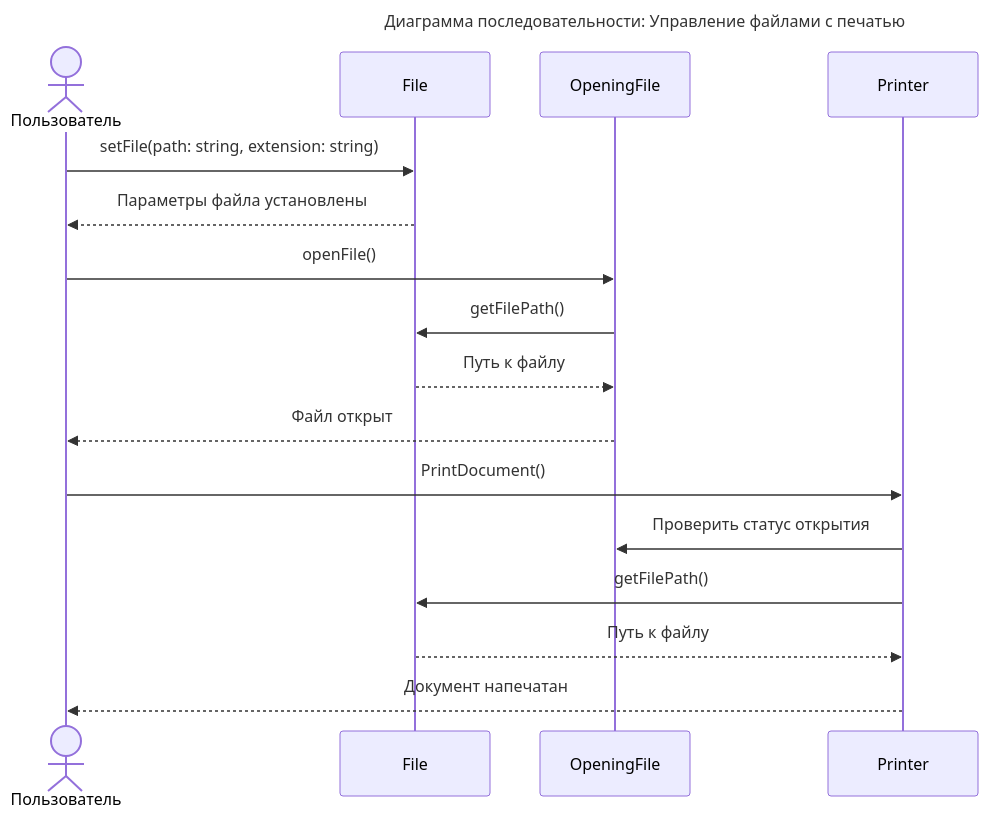
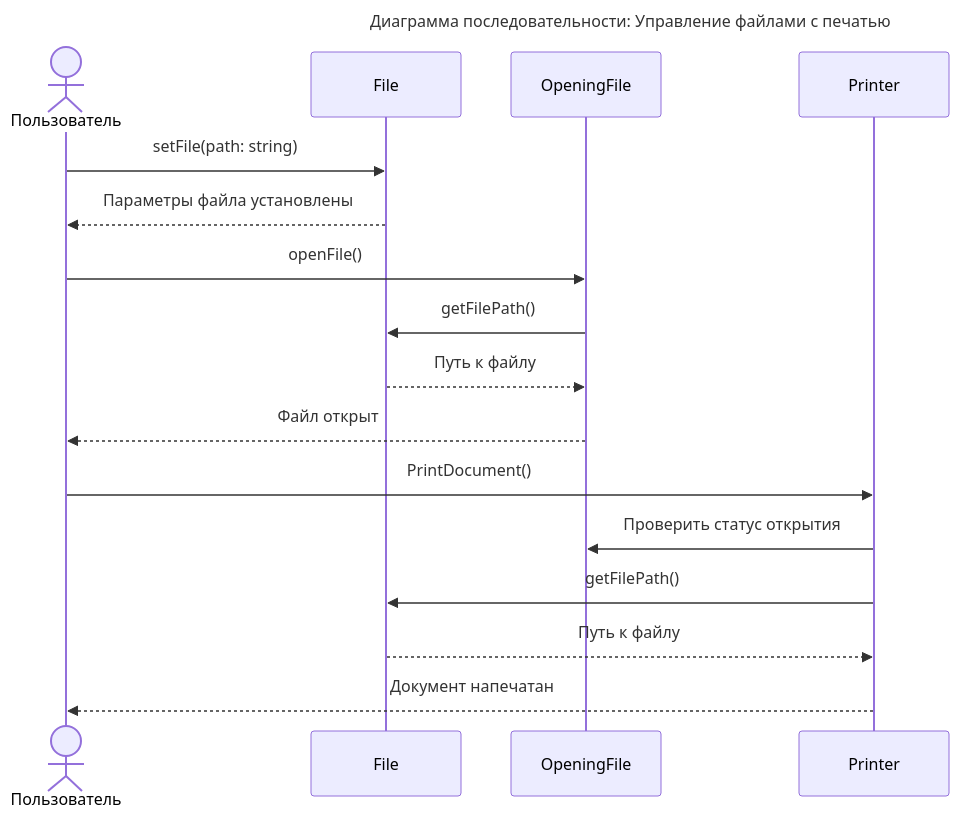
The diagram in Документация/Преценденты/Печать/Диаграмма последовательностей.md (penamarth/bsbo-16-23_team5_var11_textedit), drawn with Mermaid before and after one commit.

Commit message:
Диаграмма последовательностей.md

````diff
--- a/Документация/Преценденты/Печать/Диаграмма последовательностей.md
+++ b/Документация/Преценденты/Печать/Диаграмма последовательностей.md
@@ -1,23 +1,23 @@
 ```mermaid
 sequenceDiagram
     title Диаграмма последовательности: Управление файлами с печатью
     actor Пользователь
     participant File
     participant OpeningFile
     participant Printer
 
-    Пользователь ->> File: setFile(path: string, extension: string)
+    Пользователь ->> File: setFile(path: string)
     File -->> Пользователь: Параметры файла установлены
 
     Пользователь ->> OpeningFile: openFile()
     OpeningFile ->> File: getFilePath()
     File -->> OpeningFile: Путь к файлу
     OpeningFile -->> Пользователь: Файл открыт
 
     Пользователь ->> Printer: PrintDocument()
     Printer ->> OpeningFile: Проверить статус открытия
     Printer ->> File: getFilePath()
     File -->> Printer: Путь к файлу
     Printer -->> Пользователь: Документ напечатан
 
 ```
````
